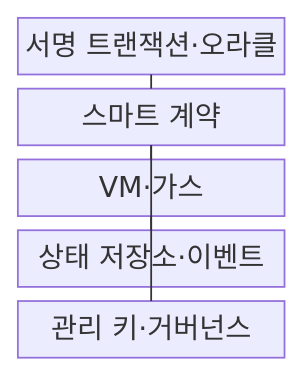
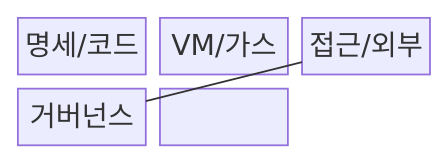
One commit to agnusdei1207/knowledge-base changed the first of 2 diagrams in src/content/docs/notes/08-latest-tech/219_smart_contract.md. Above: the diagram before and after it, drawn with Mermaid. The commit also changed other lines of this file and 228 other files, not shown here.

````diff
--- a/src/content/docs/notes/08-latest-tech/219_smart_contract.md
+++ b/src/content/docs/notes/08-latest-tech/219_smart_contract.md
@@ -50,13 +49,10 @@
 ```mermaid
 block-beta
-  columns 1
-  input["서명 트랜잭션·오라클"]
-  contract["스마트 계약"]
-  runtime["VM·가스"]
-  state["상태 저장소·이벤트"]
-  governance["관리 키·거버넌스"]
-  input --- contract
-  contract --- runtime
-  runtime --- state
-  governance --- contract
+  columns 3
+  N0["명세/코드"]
+  N1["VM/가스"]
+  N2["접근/외부"]
+  N3["거버넌스"]
+  N0 --- N1 --- N2
+  N2 --- N3
 ```
````
